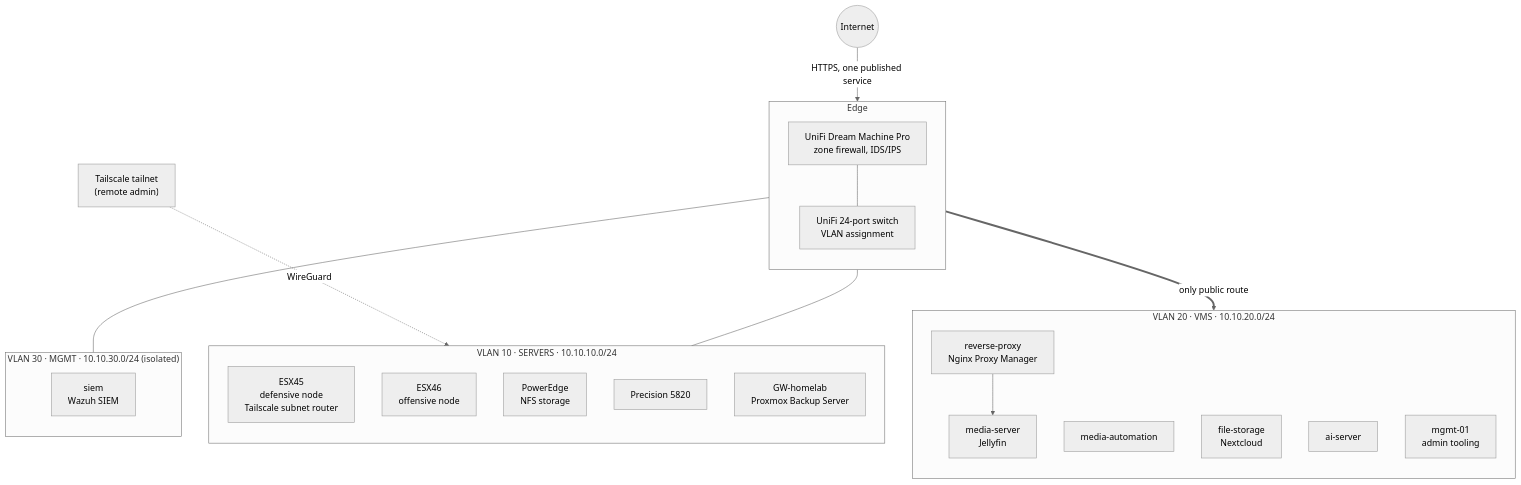
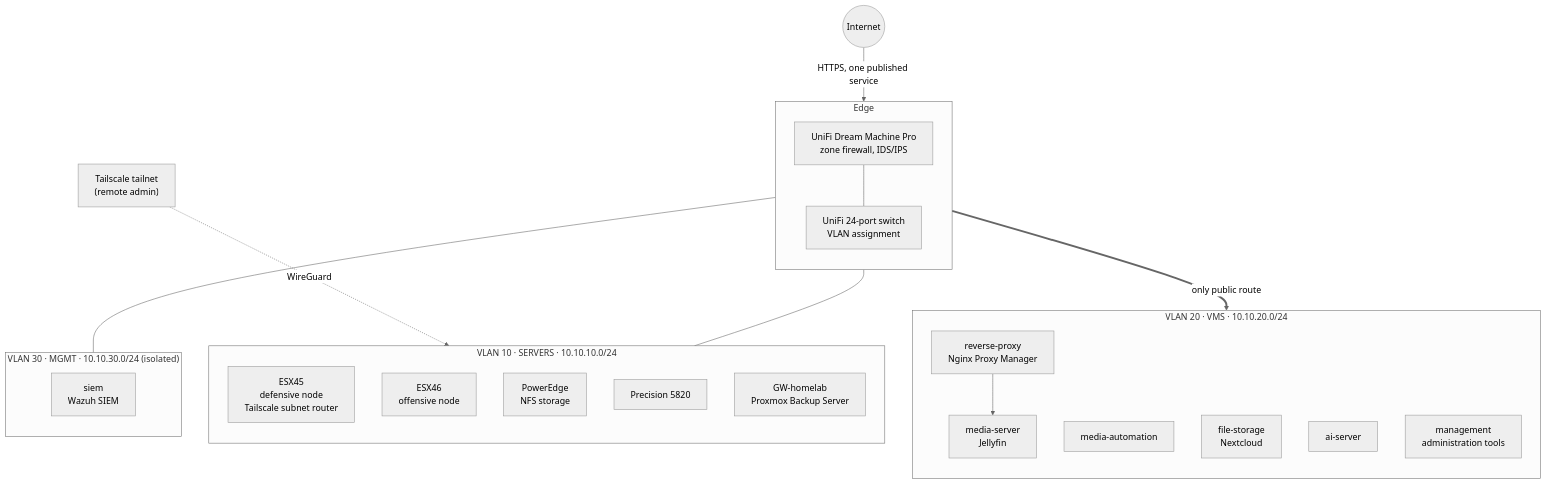
The diagram in README.md (GavinW1508/Homelab), drawn with Mermaid (neutral theme) before and after one commit.

````diff
--- a/README.md
+++ b/README.md
@@ -72,43 +72,43 @@
 ```mermaid
 flowchart TB
     internet(("Internet"))
     tailnet["Tailscale tailnet<br/>(remote admin)"]
 
     subgraph edge ["Edge"]
         direction TB
         udm["UniFi Dream Machine Pro<br/>zone firewall, IDS/IPS"]
         sw["UniFi 24-port switch<br/>VLAN assignment"]
         udm --- sw
     end
 
     subgraph v20 ["VLAN 20 · VMS · 10.10.20.0/24"]
         direction TB
         npm["reverse-proxy<br/>Nginx Proxy Manager"]
         media["media-server<br/>Jellyfin"]
         auto["media-automation"]
         files["file-storage<br/>Nextcloud"]
         ai["ai-server"]
-        mgmt["mgmt-01<br/>admin tooling"]
+        mgmt["management<br/>administration tools"]
         npm --> media
     end
 
     subgraph v10 ["VLAN 10 · SERVERS · 10.10.10.0/24"]
         direction TB
         e45["ESX45<br/>defensive node<br/>Tailscale subnet router"]
         e46["ESX46<br/>offensive node"]
         pe["PowerEdge<br/>NFS storage"]
         p58["Precision 5820"]
         pbs["GW-homelab<br/>Proxmox Backup Server"]
     end
 
     subgraph v30 ["VLAN 30 · MGMT · 10.10.30.0/24 (isolated)"]
         direction TB
         siem["siem<br/>Wazuh SIEM"]
     end
 
     internet -->|"HTTPS, one published service"| udm
     sw ==>|"only public route"| npm
     sw --- v10
     sw --- v30
     tailnet -.->|"WireGuard"| e45
 ```
````
